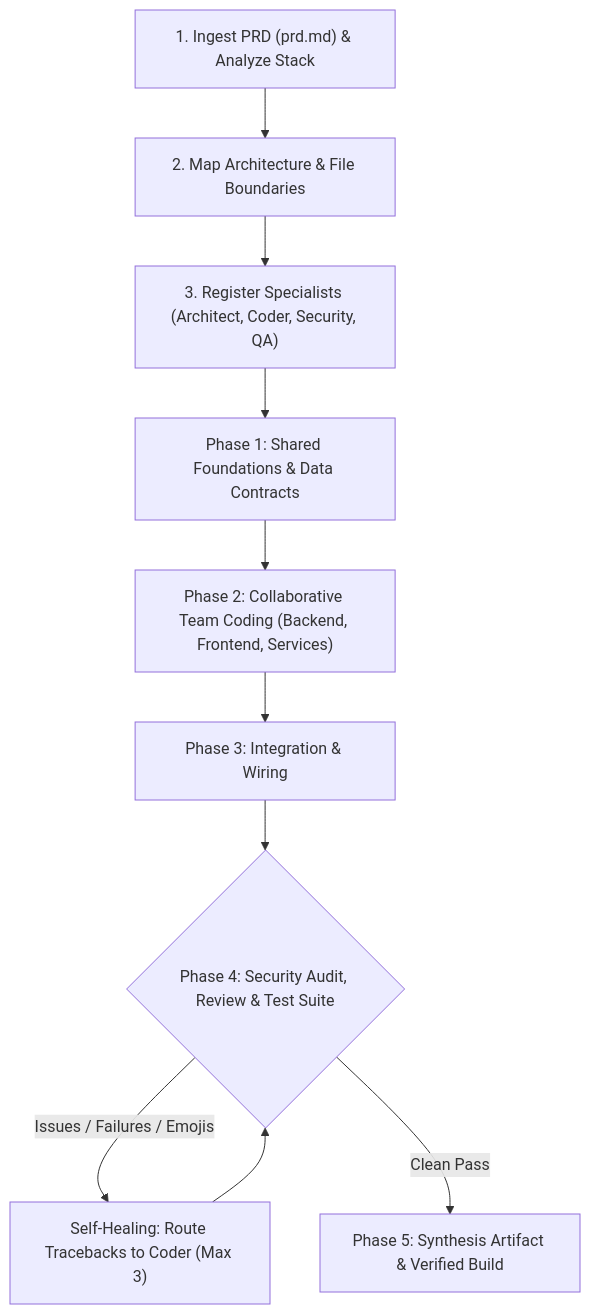
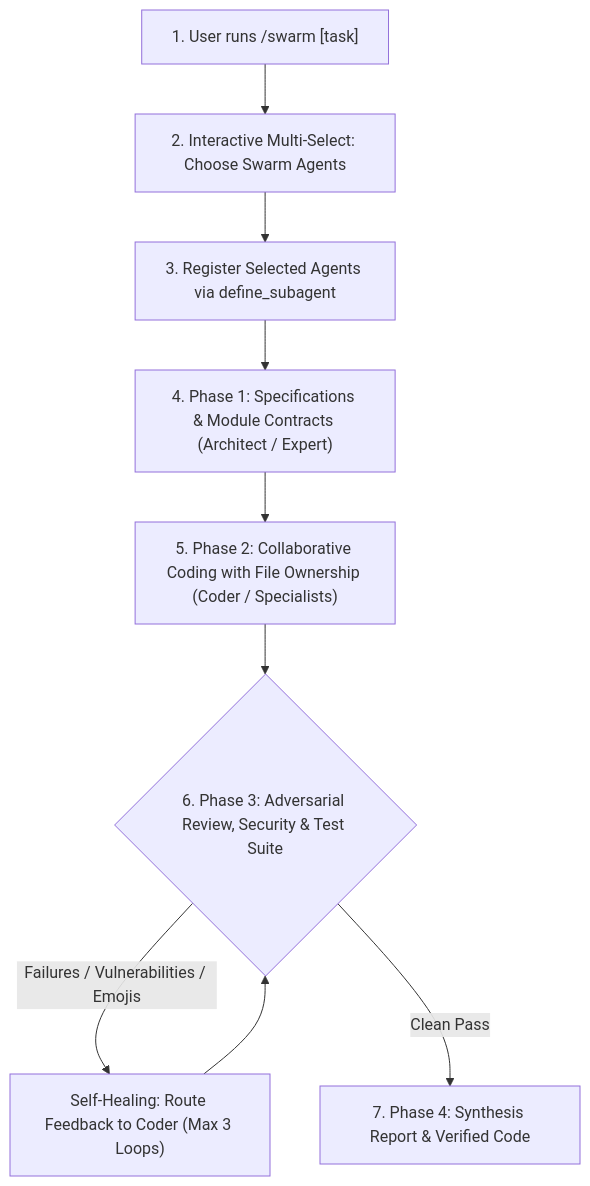
Before and after one commit to berlin-566/-agents: the diagram in SKILL.md, drawn with Mermaid. The commit also changed other lines of this file and 7 other files, not shown here.

Commit message:
feat: migrate from /agents to /swarm with interactive agent roster selection

````diff
--- a/SKILL.md
+++ b/SKILL.md
@@ -51,12 +70,11 @@
 ```mermaid
 flowchart TD
-    PRD["1. Ingest PRD (prd.md) & Analyze Stack"] --> Decompose["2. Map Architecture & File Boundaries"]
-    Decompose --> DefineAgents["3. Register Specialists (Architect, Coder, Security, QA)"]
-    DefineAgents --> Phase1["Phase 1: Shared Foundations & Data Contracts"]
-    Phase1 --> Phase2["Phase 2: Collaborative Team Coding (Backend, Frontend, Services)"]
-    Phase2 --> Phase3["Phase 3: Integration & Wiring"]
-    Phase3 --> Phase4{"Phase 4: Security Audit, Review & Test Suite"}
-    Phase4 -- "Issues / Failures / Emojis" --> Repair["Self-Healing: Route Tracebacks to Coder (Max 3)"]
-    Repair --> Phase4
-    Phase4 -- "Clean Pass" --> Done["Phase 5: Synthesis Artifact & Verified Build"]
+    Trigger["1. User runs /swarm [task]"] --> Select["2. Interactive Multi-Select: Choose Swarm Agents"]
+    Select --> Register["3. Register Selected Agents via define_subagent"]
+    Register --> Spec["4. Phase 1: Specifications & Module Contracts (Architect / Expert)"]
+    Spec --> Code["5. Phase 2: Collaborative Coding with File Ownership (Coder / Specialists)"]
+    Code --> Audit{"6. Phase 3: Adversarial Review, Security & Test Suite"}
+    Audit -- "Failures / Vulnerabilities / Emojis" --> SelfHeal["Self-Healing: Route Feedback to Coder (Max 3 Loops)"]
+    SelfHeal --> Audit
+    Audit -- "Clean Pass" --> Report["7. Phase 4: Synthesis Report & Verified Code"]
 ```
````
